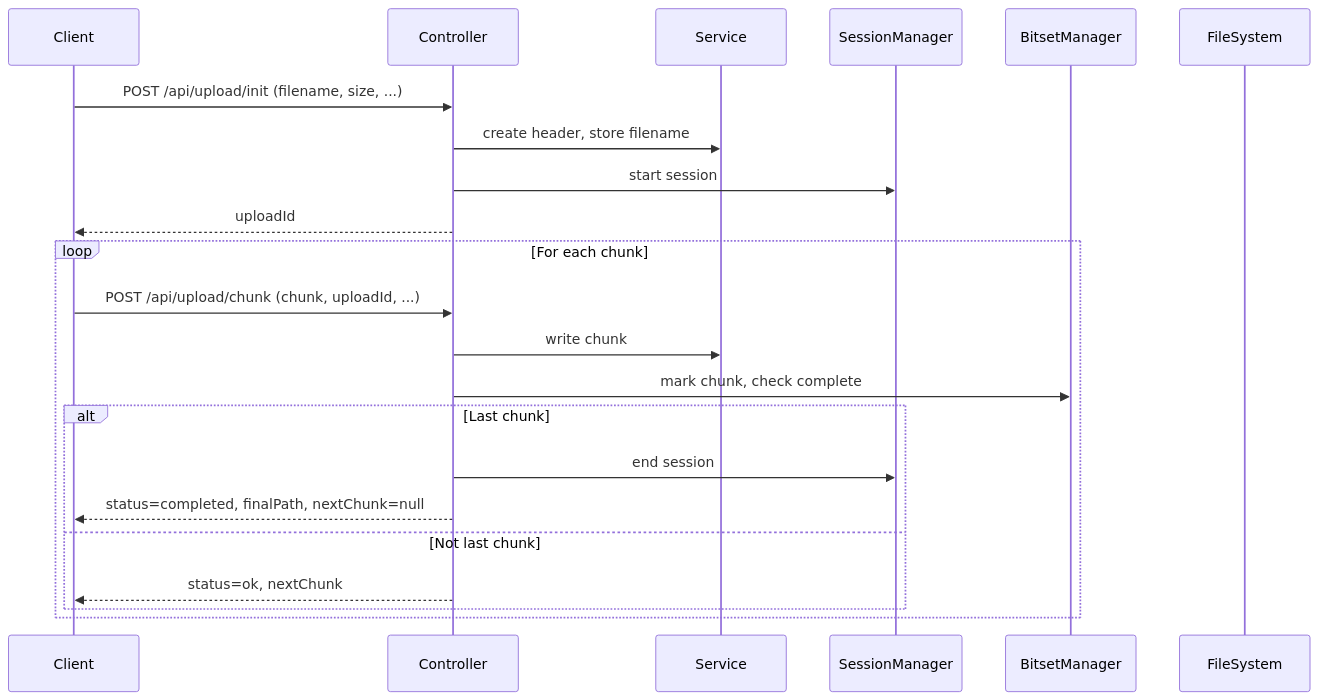
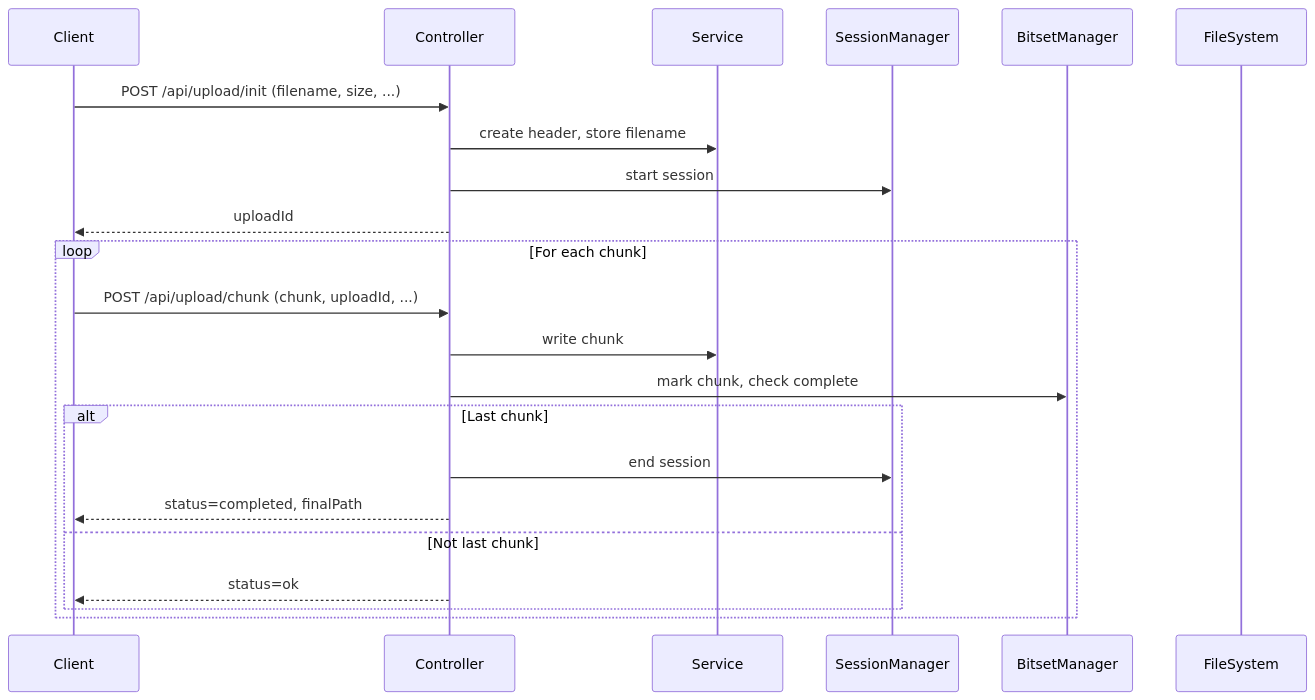
The first of 2 diagrams in README.md (dnguyenminh/chunk-upload), drawn with Mermaid before and after one commit. The commit also changed other lines of this file and 22 other files, not shown here.

First line of the commit message:
Refactor: Introduce multi-module architecture

````diff
--- a/README.md
+++ b/README.md
@@ -61,24 +62,24 @@
 ```mermaid
 sequenceDiagram
     participant Client
     participant Controller
     participant Service
     participant SessionManager
     participant BitsetManager
     participant FileSystem
     Client->>Controller: POST /api/upload/init (filename, size, ...)
     Controller->>Service: create header, store filename
     Controller->>SessionManager: start session
     Controller-->>Client: uploadId
     loop For each chunk
         Client->>Controller: POST /api/upload/chunk (chunk, uploadId, ...)
         Controller->>Service: write chunk
         Controller->>BitsetManager: mark chunk, check complete
         alt Last chunk
             Controller->>SessionManager: end session
-            Controller-->>Client: status=completed, finalPath, nextChunk=null
+            Controller-->>Client: status=completed, finalPath
         else Not last chunk
-            Controller-->>Client: status=ok, nextChunk
+            Controller-->>Client: status=ok
         end
     end
 ```
````
